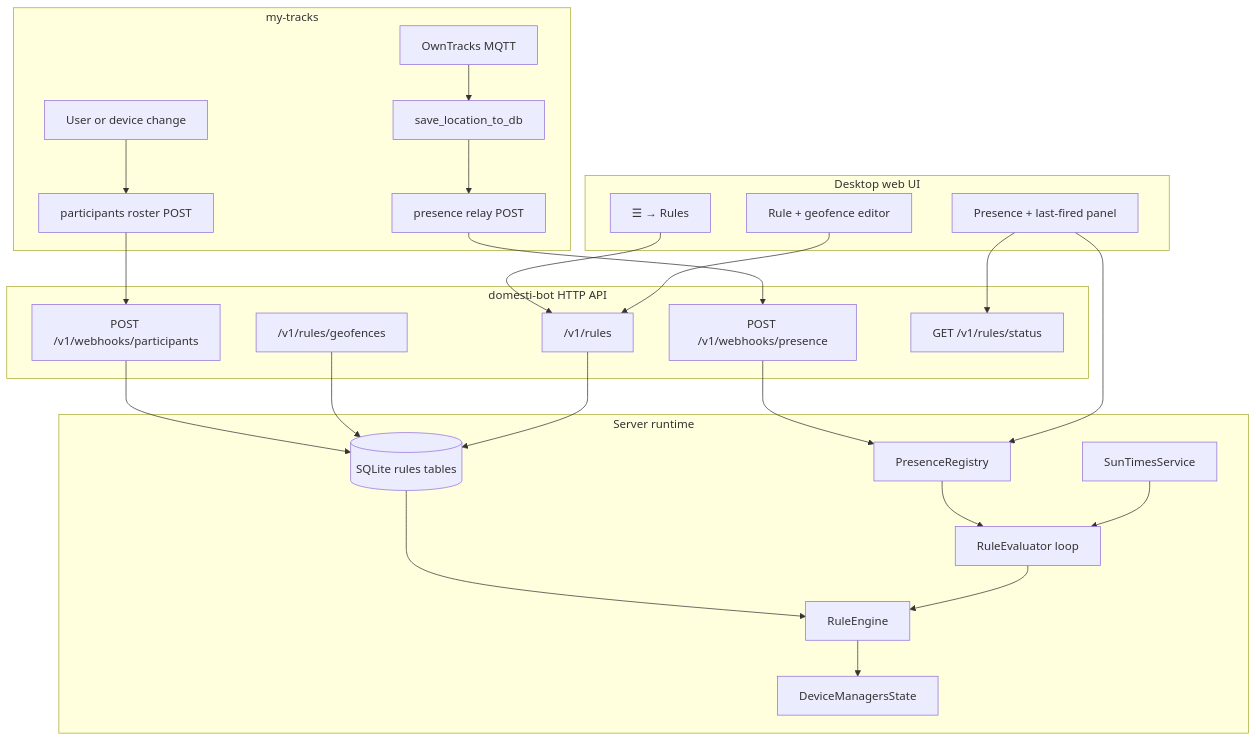
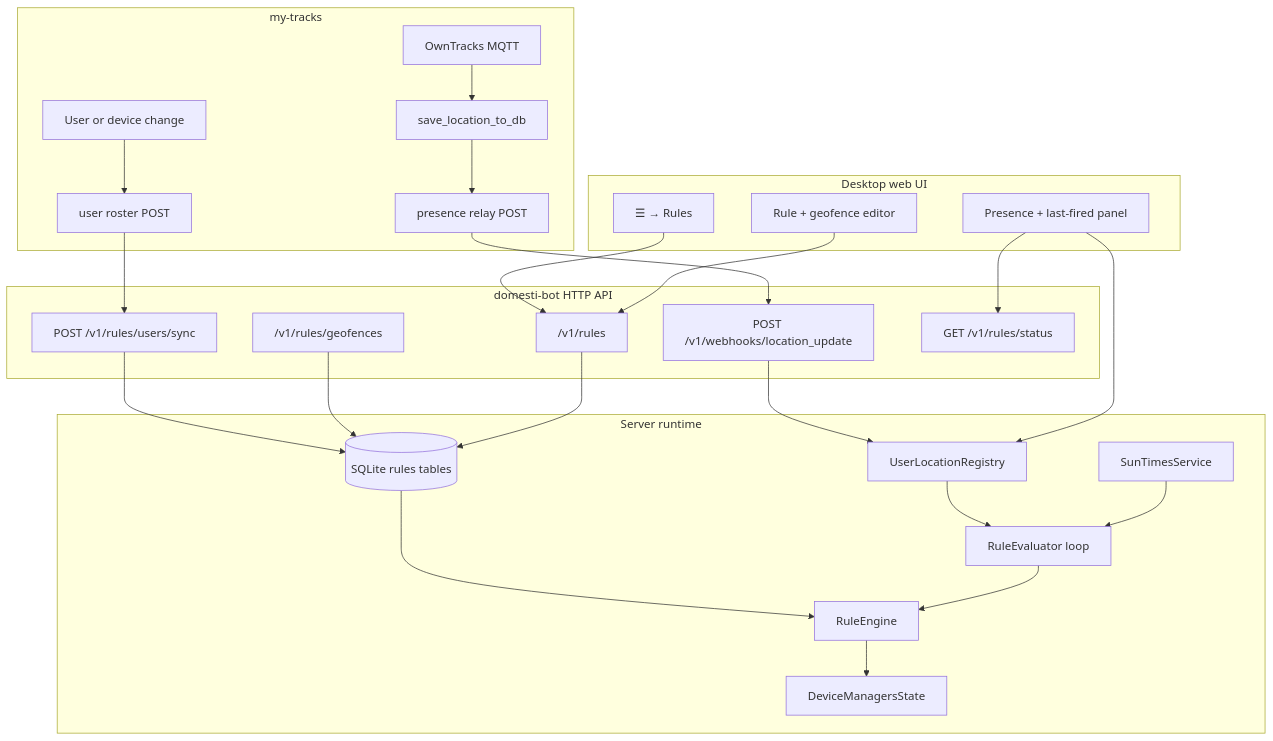
One commit to the-hcma/domesti-bot changed the first of 2 diagrams in docs/RULE_ENGINE_PLAN.md. Above: the diagram before and after it, drawn with Mermaid. The commit also changed other lines of this file and 1 other file, not shown here.

First line of the commit message:
docs: user/location nomenclature in planning docs (#237)

````diff
--- a/docs/RULE_ENGINE_PLAN.md
+++ b/docs/RULE_ENGINE_PLAN.md
@@ -171,50 +173,50 @@
 ```mermaid
 flowchart TB
   subgraph mytracks [my-tracks]
     MQTT[OwnTracks MQTT]
     SAVE[save_location_to_db]
     PRES_RELAY[presence relay POST]
-    ROSTER_RELAY[participants roster POST]
+    ROSTER_RELAY[user roster POST]
     MQTT --> SAVE --> PRES_RELAY
     USER_CHG[User or device change] --> ROSTER_RELAY
   end
 
   subgraph api [domesti-bot HTTP API]
-    WH_PRES["POST /v1/webhooks/presence"]
-    WH_ROSTER["POST /v1/webhooks/participants"]
+    WH_PRES["POST /v1/webhooks/location_update"]
+    WH_ROSTER["POST /v1/rules/users/sync"]
     GEO_CRUD["/v1/rules/geofences"]
     RULE_CRUD["/v1/rules"]
     RULE_STATUS["GET /v1/rules/status"]
   end
 
   subgraph runtime [Server runtime]
-    REG[PresenceRegistry]
+    REG[UserLocationRegistry]
     STORE[(SQLite rules tables)]
     EVAL[RuleEvaluator loop]
     SUN[SunTimesService]
     ENG[RuleEngine]
     DM[DeviceManagersState]
   end
 
   subgraph ui [Desktop web UI]
     MENU["☰ → Rules"]
     EDITOR[Rule + geofence editor]
     STATUS[Presence + last-fired panel]
   end
 
   PRES_RELAY --> WH_PRES
   ROSTER_RELAY --> WH_ROSTER
   WH_PRES --> REG
   WH_ROSTER --> STORE
   REG --> EVAL
   GEO_CRUD --> STORE
   RULE_CRUD --> STORE
   STORE --> ENG
   SUN --> EVAL
   EVAL --> ENG
   ENG --> DM
   MENU --> RULE_CRUD
   EDITOR --> RULE_CRUD
   STATUS --> RULE_STATUS
   STATUS --> REG
 ```
````
